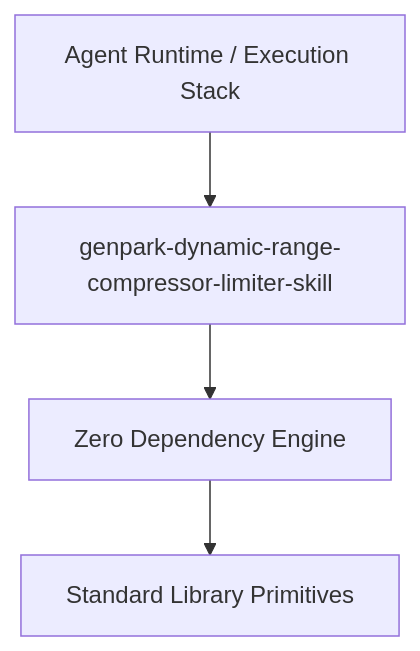
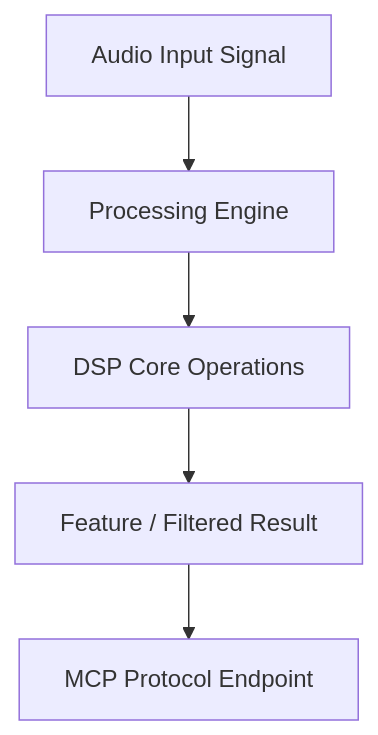
Before and after one commit to Alpha-Park/genpark-dynamic-range-compressor-limiter-skill: the diagram in README.md, drawn with Mermaid. The commit also changed other lines of this file, not shown here.

Commit message:
docs: architecture and documentation

````diff
--- a/README.md
+++ b/README.md
@@ -9,6 +9,7 @@
 ```mermaid
-graph TD
-    A[Agent Runtime / Execution Stack] --> B[genpark-dynamic-range-compressor-limiter-skill]
-    B --> C[Zero Dependency Engine]
-    C --> D[Standard Library Primitives]
+flowchart TD
+    A[Audio Input Signal] --> B[Processing Engine]
+    B --> C[DSP Core Operations]
+    C --> D[Feature / Filtered Result]
+    D --> E[MCP Protocol Endpoint]
 ```
````
